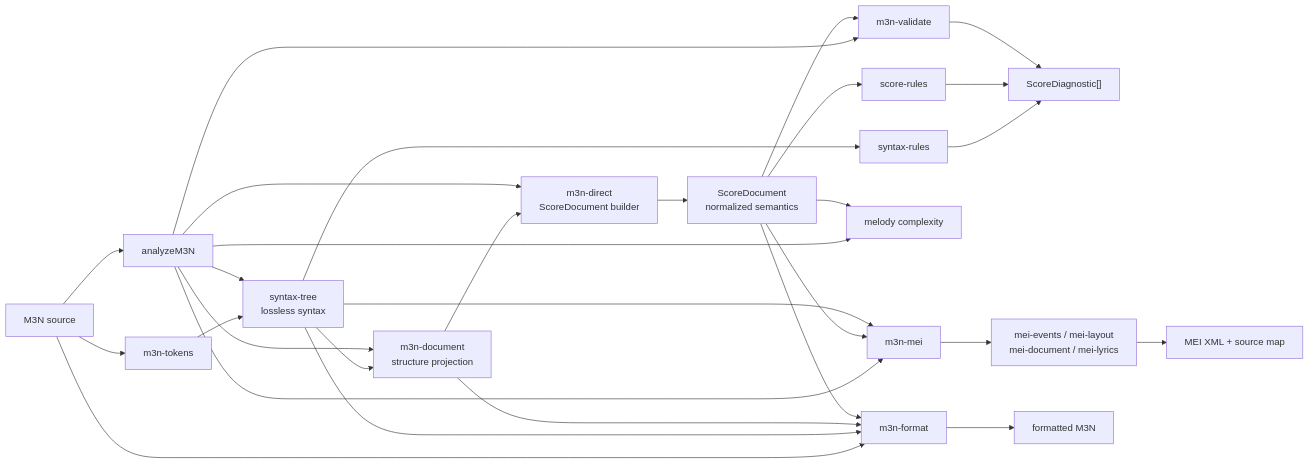
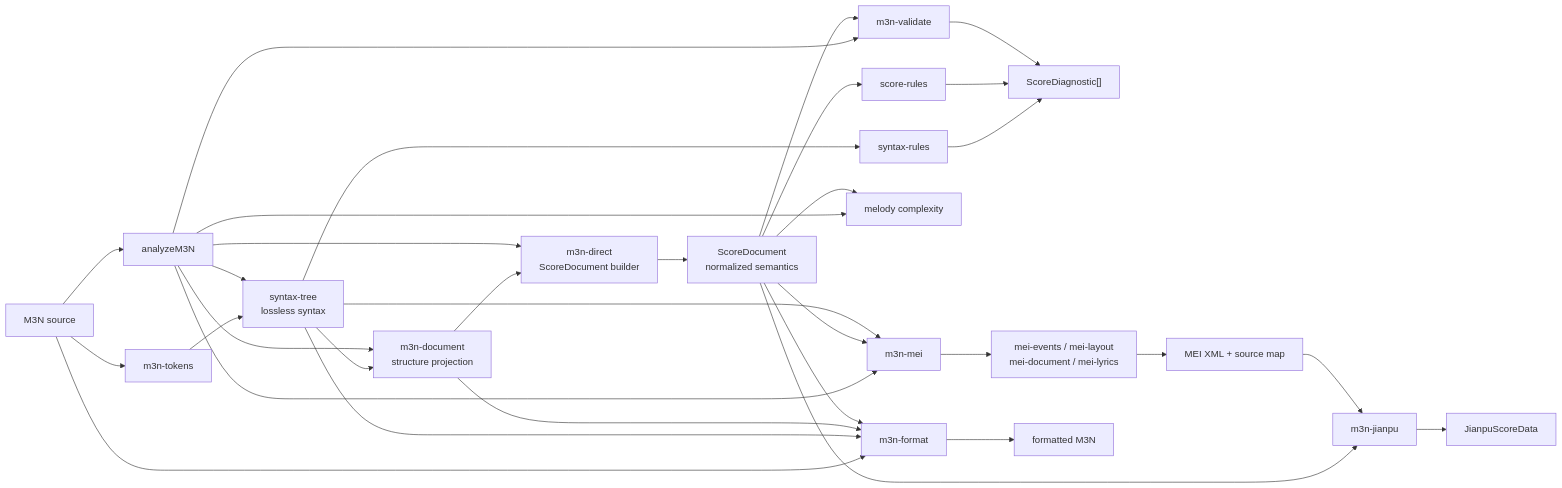
The third of 5 diagrams in docs/CODEGRAPH.md (huazhechen/m3n), drawn with Mermaid before and after one commit. The commit also changed other lines of this file and 23 other files, not shown here.

````diff
--- a/docs/CODEGRAPH.md
+++ b/docs/CODEGRAPH.md
@@ -72,40 +72,44 @@
 ```mermaid
 flowchart LR
   source["M3N source"]
   tokens["m3n-tokens"]
   syntax["syntax-tree<br/>lossless syntax"]
   projection["m3n-document<br/>structure projection"]
   direct["m3n-direct<br/>ScoreDocument builder"]
   score["ScoreDocument<br/>normalized semantics"]
   validation["m3n-validate"]
   syntaxRules["syntax-rules"]
   scoreRules["score-rules"]
   diagnostics["ScoreDiagnostic[]"]
   analysis["analyzeM3N"]
   complexity["melody complexity"]
   mei["m3n-mei"]
+  jianpu["m3n-jianpu"]
+  jianpuData["JianpuScoreData"]
   meiParts["mei-events / mei-layout<br/>mei-document / mei-lyrics"]
   xml["MEI XML + source map"]
   format["m3n-format"]
   formatted["formatted M3N"]
 
   source --> tokens --> syntax --> projection --> direct --> score
   source --> analysis
   analysis --> syntax
   analysis --> projection
   analysis --> direct
   analysis --> validation
   analysis --> complexity
   analysis --> mei
   syntax --> syntaxRules --> diagnostics
   score --> scoreRules --> diagnostics
   score --> validation --> diagnostics
   score --> complexity
   score --> mei
   syntax --> mei
   mei --> meiParts --> xml
+  score --> jianpu --> jianpuData
+  xml --> jianpu
   source --> format
   syntax --> format
   projection --> format
   score --> format --> formatted
 ```
````
